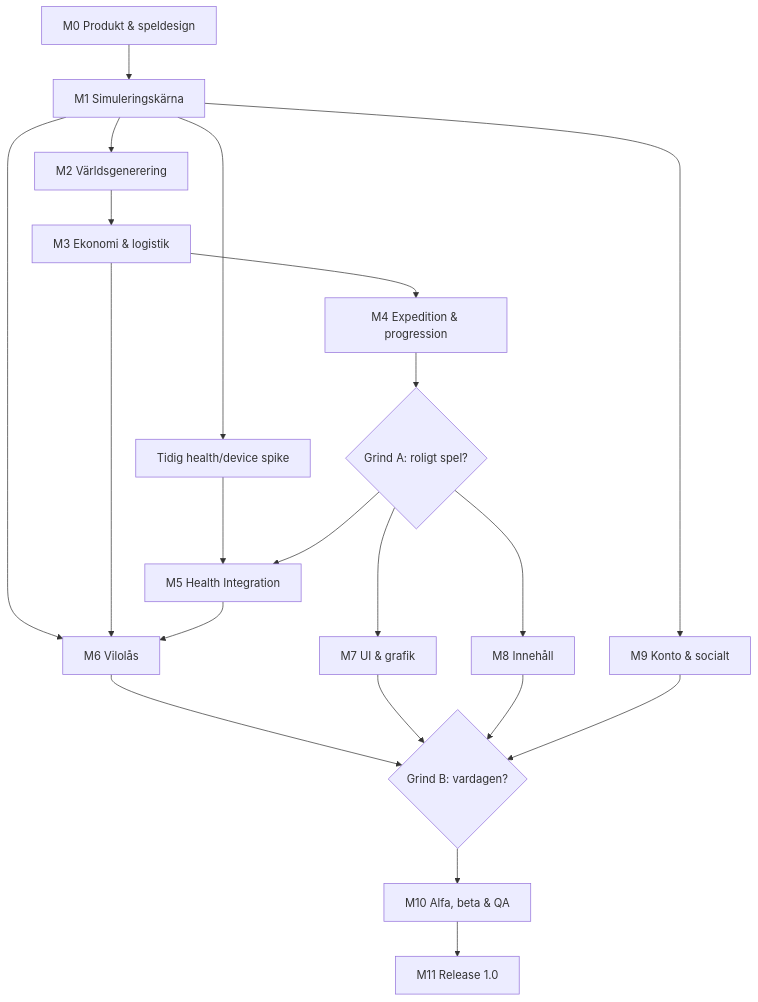
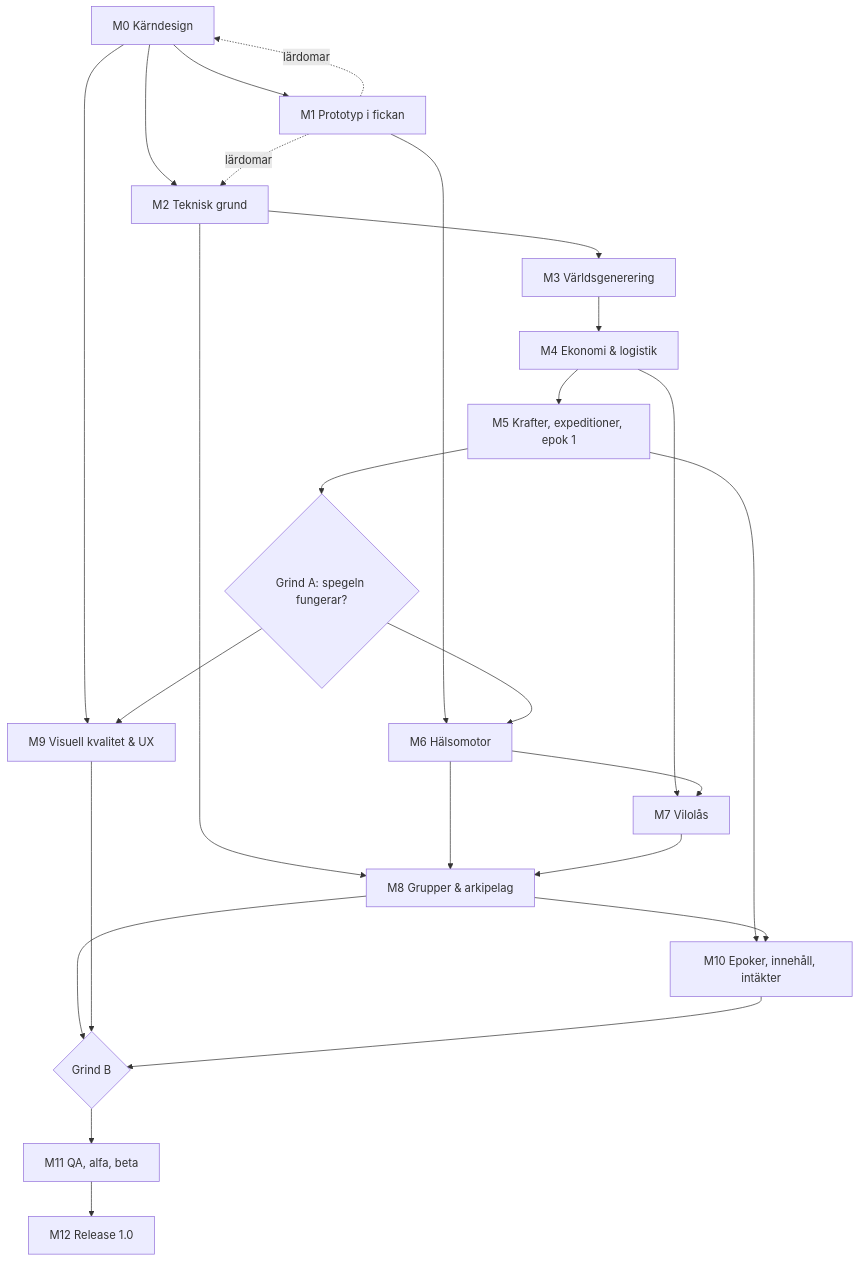
Before and after one commit to Tiico/eirora: the diagram in ROADMAP.md, drawn with Mermaid. The commit also changed other lines of this file and 5 other files, not shown here.

First line of the commit message:
Revise PRD and roadmap to v0.2 after product grilling

````diff
--- a/ROADMAP.md
+++ b/ROADMAP.md
@@ -337,23 +272,27 @@
 ```mermaid
 flowchart TD
-    M0["M0 Produkt & speldesign"] --> M1["M1 Simuleringskärna"]
-    M1 --> M2["M2 Världsgenerering"]
-    M1 --> HEALTHSPIKE["Tidig health/device spike"]
-    M2 --> M3["M3 Ekonomi & logistik"]
-    M3 --> M4["M4 Expedition & progression"]
-    M4 --> GATEA{"Grind A: roligt spel?"}
-    HEALTHSPIKE --> M5["M5 Health Integration"]
-    GATEA --> M5
-    M1 --> M6["M6 Vilolås"]
-    M3 --> M6
-    M5 --> M6
-    GATEA --> M7["M7 UI & grafik"]
-    GATEA --> M8["M8 Innehåll"]
-    M1 --> M9["M9 Konto & socialt"]
-    M6 --> GATEB{"Grind B: vardagen?"}
-    M7 --> GATEB
-    M8 --> GATEB
+    M0["M0 Kärndesign"] --> M1["M1 Prototyp i fickan"]
+    M0 --> M2["M2 Teknisk grund"]
+    M1 -. lärdomar .-> M0
+    M1 -. lärdomar .-> M2
+    M2 --> M3["M3 Världsgenerering"]
+    M3 --> M4["M4 Ekonomi & logistik"]
+    M4 --> M5["M5 Krafter, expeditioner, epok 1"]
+    M5 --> GATEA{"Grind A: spegeln fungerar?"}
+    M1 --> M6["M6 Hälsomotor"]
+    GATEA --> M6
+    M4 --> M7["M7 Vilolås"]
+    M6 --> M7
+    M2 --> M8["M8 Grupper & arkipelag"]
+    M6 --> M8
+    M7 --> M8
+    M0 --> M9["M9 Visuell kvalitet & UX"]
+    GATEA --> M9
+    M5 --> M10["M10 Epoker, innehåll, intäkter"]
+    M8 --> M10
+    M8 --> GATEB{"Grind B"}
     M9 --> GATEB
-    GATEB --> M10["M10 Alfa, beta & QA"]
-    M10 --> M11["M11 Release 1.0"]
+    M10 --> GATEB
+    GATEB --> M11["M11 QA, alfa, beta"]
+    M11 --> M12["M12 Release 1.0"]
 ```
````
